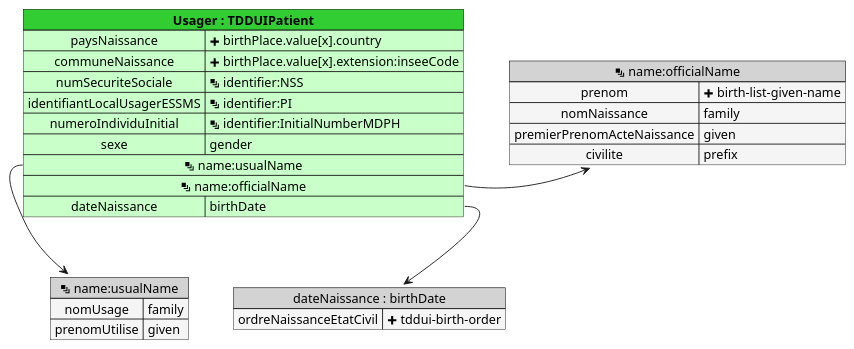
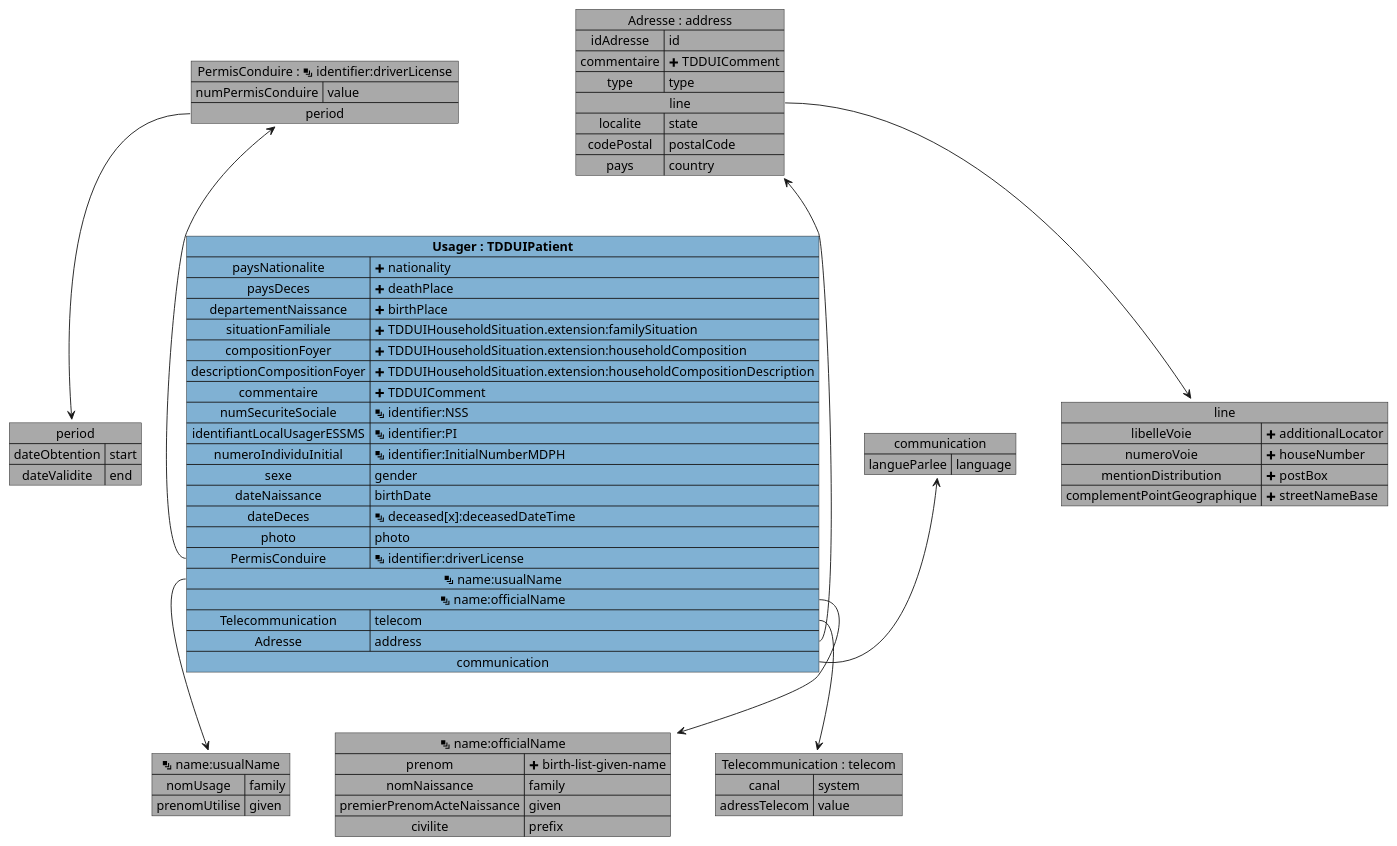
One commit to ansforge/IG-fhir-medicosocial-transfert-donnees-dui changed the diagram in input/images-source/mapping_TDDUIPatient.plantuml. Above: the diagram before and after it, drawn with PlantUML. The commit also changed 7 other files, not shown here.

```diff
--- a/input/images-source/mapping_TDDUIPatient.plantuml
+++ b/input/images-source/mapping_TDDUIPatient.plantuml
@@ -1,33 +1,78 @@
 @startuml
 
-map "<&layers> name:usualName" as nameusualName #back:WhiteSmoke;header:LightGray {
+map "period" as period #DarkGray {
+    dateObtention => start
+    dateValidite => end
+}
+
+map "line" as line #DarkGray {
+    libelleVoie => <&plus> additionalLocator
+    numeroVoie => <&plus> houseNumber
+    mentionDistribution => <&plus> postBox
+    complementPointGeographique => <&plus> streetNameBase
+}
+
+map "PermisConduire : <&layers> identifier:driverLicense" as PermisConduire #DarkGray {
+    numPermisConduire => value
+    period *--> period
+}
+
+map "<&layers> name:usualName" as nameusualName #DarkGray {
     nomUsage => family
     prenomUtilise => given
 }
 
-map "<&layers> name:officialName" as nameofficialName #back:WhiteSmoke;header:LightGray {
+map "<&layers> name:officialName" as nameofficialName #DarkGray {
     prenom => <&plus> birth-list-given-name
     nomNaissance => family
     premierPrenomActeNaissance => given
     civilite => prefix
 }
 
-map "dateNaissance : birthDate" as dateNaissance #back:WhiteSmoke;header:LightGray {
-    ordreNaissanceEtatCivil => <&plus> tddui-birth-order
+map "Telecommunication : telecom" as Telecommunication #DarkGray {
+    canal => system
+    adressTelecom => value
 }
 
-map "**Usager : TDDUIPatient**" as Usager #back:TECHNOLOGY;header:LimeGreen {
-    paysNaissance => <&plus> birthPlace.value[x].country
-    communeNaissance => <&plus> birthPlace.value[x].extension:inseeCode
+map "Adresse : address" as Adresse #DarkGray {
+    idAdresse => id
+    commentaire => <&plus> TDDUIComment
+    type => type
+    line *--> line
+    localite => state
+    codePostal => postalCode
+    pays => country
+}
+
+map "communication" as communication #DarkGray {
+    langueParlee => language
+}
+
+map "**Usager : TDDUIPatient**" as Usager #80b1d3 {
+    paysNationalite => <&plus> nationality
+    paysDeces => <&plus> deathPlace
+    departementNaissance => <&plus> birthPlace
+    situationFamiliale => <&plus> TDDUIHouseholdSituation.extension:familySituation
+    compositionFoyer => <&plus> TDDUIHouseholdSituation.extension:householdComposition
+    descriptionCompositionFoyer => <&plus> TDDUIHouseholdSituation.extension:householdCompositionDescription
+    commentaire => <&plus> TDDUIComment
     numSecuriteSociale => <&layers> identifier:NSS
     identifiantLocalUsagerESSMS => <&layers> identifier:PI
     numeroIndividuInitial => <&layers> identifier:InitialNumberMDPH
     sexe => gender
+    dateNaissance => birthDate
+    dateDeces => <&layers> deceased[x]:deceasedDateTime
+    photo => photo
+    PermisConduire => <&layers> identifier:driverLicense
     <&layers> name:usualName *--> nameusualName
-    <&layers> name:officialName *-> nameofficialName
-    dateNaissance => birthDate
+    <&layers> name:officialName *--> nameofficialName
+    Telecommunication => telecom
+    Adresse => address
+    communication *-> communication
 }
 
-Usager::dateNaissance --> dateNaissance
+Usager::PermisConduire -u-> PermisConduire
+Usager::Telecommunication -d-> Telecommunication
+Usager::Adresse -u-> Adresse
 
 @enduml
```
